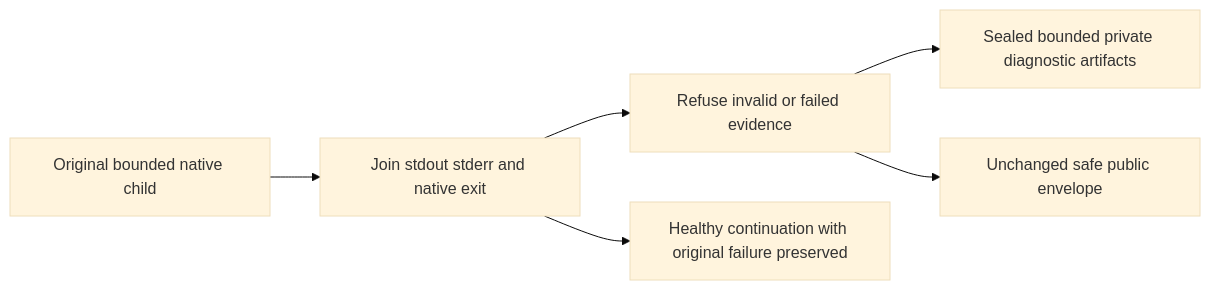
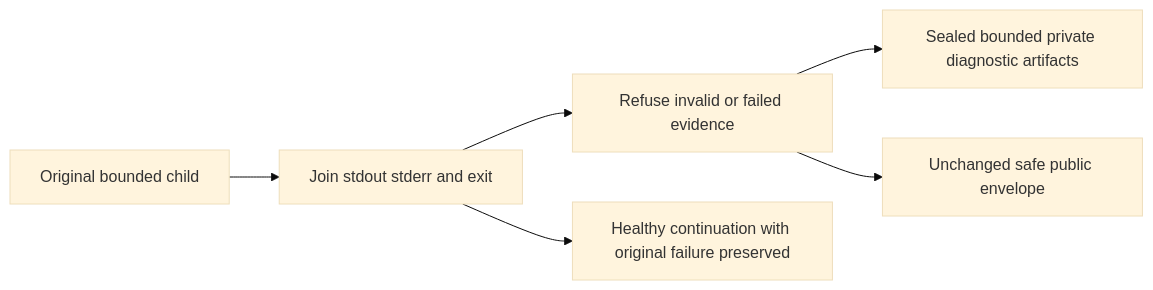
One commit to managedcode/KeyLoad changed the eighth of 11 diagrams in docs/Features/BenchmarkComparisons.md. Above: the diagram before and after it, drawn with Mermaid (base theme). The commit also changed other lines of this file and 9016 other files, not shown here.

````diff
--- a/docs/Features/BenchmarkComparisons.md
+++ b/docs/Features/BenchmarkComparisons.md
@@ -581,8 +581,8 @@
 ```mermaid
 flowchart LR
-  Child[Original bounded native child] --> Join[Join stdout stderr and native exit]
+  Child[Original bounded child] --> Join[Join stdout stderr and exit]
   Join --> Failure[Refuse invalid or failed evidence]
   Failure --> Private[Sealed bounded private diagnostic artifacts]
   Failure --> Safe[Unchanged safe public envelope]
   Join --> Healthy[Healthy continuation with original failure preserved]
 ```
````
